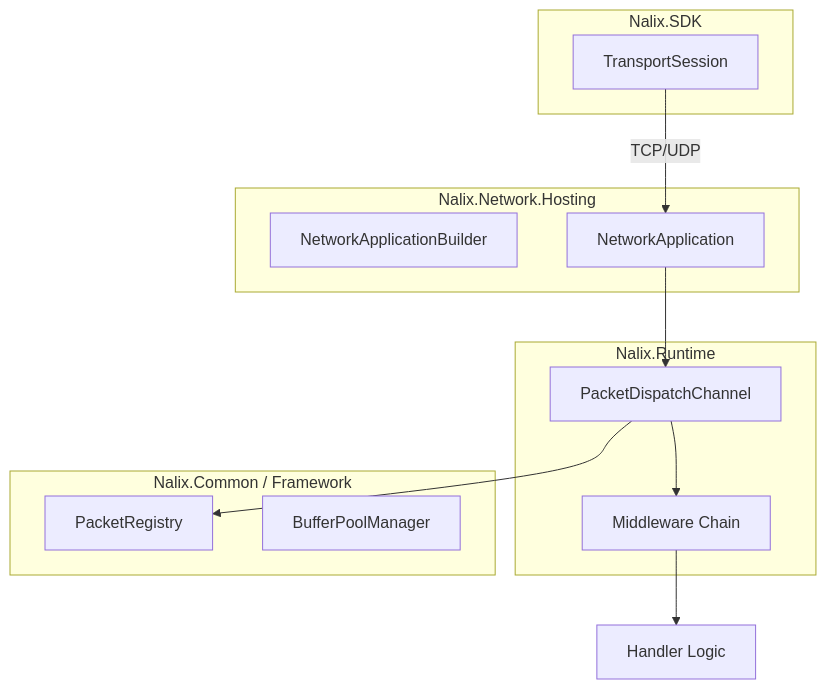
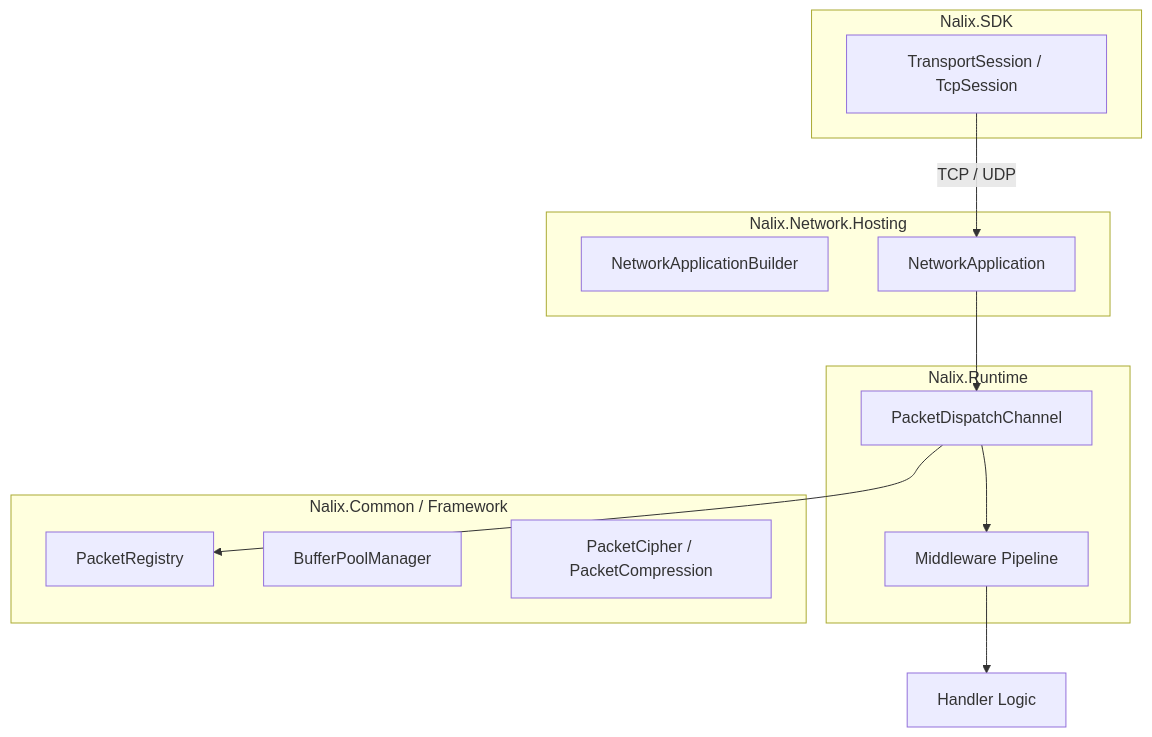
Before and after one commit to ppn-systems/Nalix: the diagram in docs/index.md, drawn with Mermaid. The commit also changed other lines of this file and 75 other files, not shown here.

````diff
--- a/docs/index.md
+++ b/docs/index.md
@@ -34,27 +36,28 @@
 ```mermaid
 graph TD
     subgraph Client ["Nalix.SDK"]
-        Session["TransportSession"]
+        Session["TransportSession / TcpSession"]
     end
 
     subgraph Server ["Nalix.Network.Hosting"]
         Builder["NetworkApplicationBuilder"]
         Host["NetworkApplication"]
     end
 
     subgraph Runtime ["Nalix.Runtime"]
         Dispatch["PacketDispatchChannel"]
-        Middleware["Middleware Chain"]
+        Middleware["Middleware Pipeline"]
     end
 
     subgraph Base ["Nalix.Common / Framework"]
         Registry["PacketRegistry"]
         Pool["BufferPoolManager"]
+        Crypto["PacketCipher / PacketCompression"]
     end
 
-    Session -- "TCP/UDP" --> Host
+    Session -- "TCP / UDP" --> Host
     Host --> Dispatch
     Dispatch --> Registry
     Dispatch --> Middleware
     Middleware --> Handlers["Handler Logic"]
 ```
````
